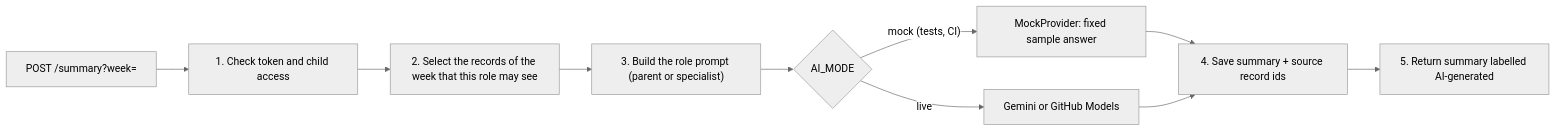
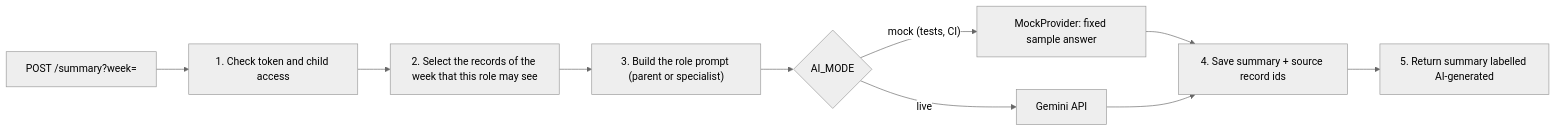
One commit to Alsoren/child-development-platform changed the third of 6 diagrams in docs/SDD.md. Above: the diagram before and after it, drawn with Mermaid (neutral theme). The commit also changed other lines of this file and 1 other file, not shown here.

Commit message:
SCRUM-35 Close A7 (Gemini API) and A8 (English)

````diff
--- a/docs/SDD.md
+++ b/docs/SDD.md
@@ -224,12 +224,12 @@
 ```mermaid
 flowchart LR
     Req["POST /summary?week="] --> Check["1. Check token and child access"]
     Check --> Select["2. Select the records of the week that this role may see"]
     Select --> Prompt["3. Build the role prompt (parent or specialist)"]
     Prompt --> Provider{"AI_MODE"}
     Provider -->|"mock (tests, CI)"| Mock["MockProvider: fixed sample answer"]
-    Provider -->|"live"| Live["Gemini or GitHub Models"]
+    Provider -->|"live"| Live["Gemini API"]
     Mock --> Save["4. Save summary + source record ids"]
     Live --> Save
     Save --> Resp["5. Return summary labelled AI-generated"]
 ```
````
